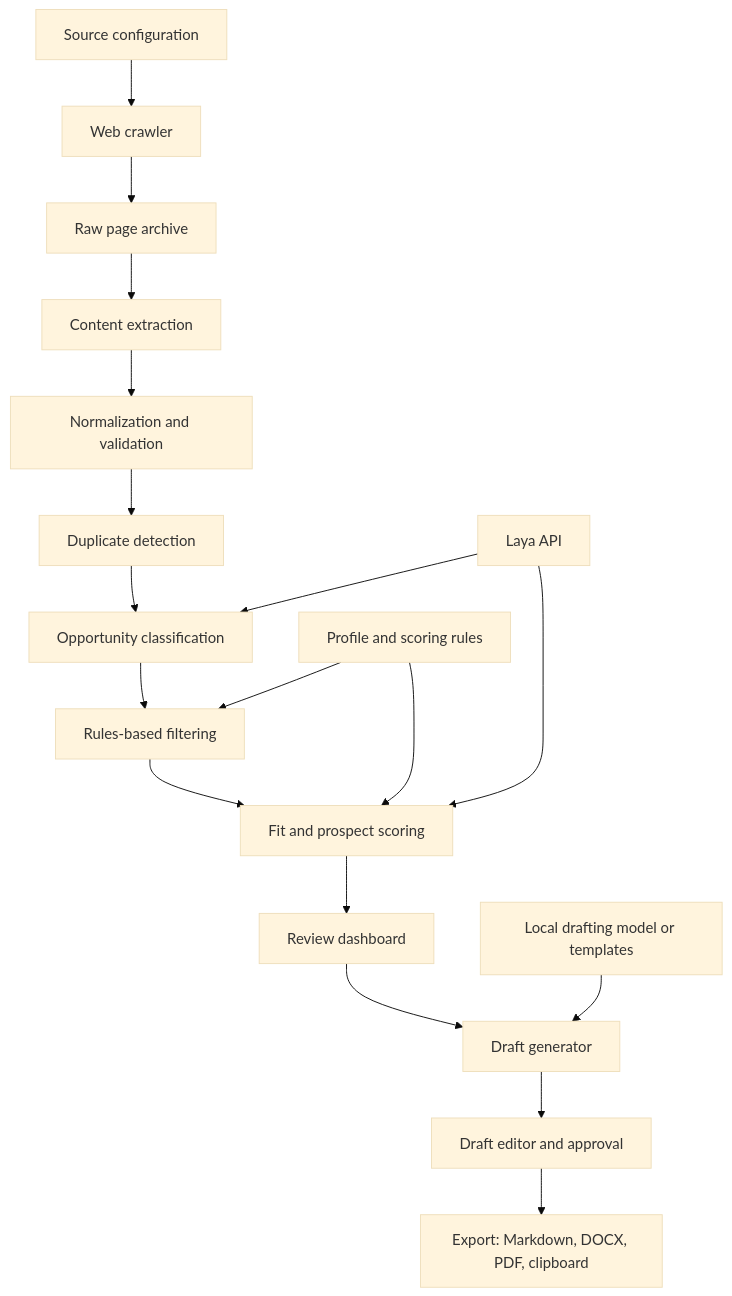
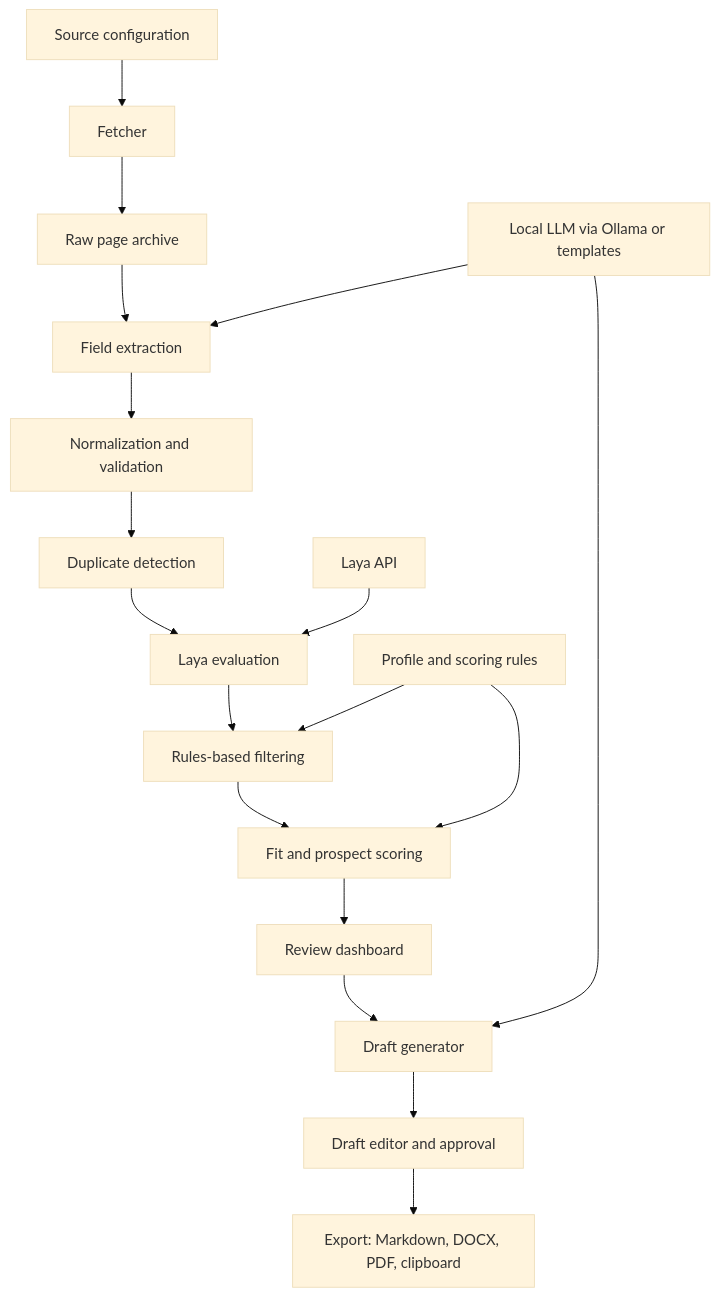
Before and after one commit to kvbengo-ops/Lead-Job-Crawler: the diagram in PLAN.md, drawn with Mermaid (base theme). The commit also changed other lines of this file, not shown here.

````diff
--- a/PLAN.md
+++ b/PLAN.md
@@ -11,21 +11,21 @@
 ```mermaid
 flowchart TD
-    A[Source configuration] --> B[Web crawler]
+    A[Source configuration] --> B[Fetcher]
     B --> C[Raw page archive]
-    C --> D[Content extraction]
+    C --> D[Field extraction]
     D --> E[Normalization and validation]
     E --> F[Duplicate detection]
-    F --> G[Opportunity classification]
+    F --> G[Laya evaluation]
     G --> H[Rules-based filtering]
     H --> I[Fit and prospect scoring]
     I --> J[Review dashboard]
     J --> K[Draft generator]
     K --> L[Draft editor and approval]
     L --> M[Export: Markdown, DOCX, PDF, clipboard]
 
     N[Laya API] --> G
-    N --> I
     O[Profile and scoring rules] --> H
     O --> I
-    P[Local drafting model or templates] --> K
+    P[Local LLM via Ollama or templates] --> D
+    P --> K
 ```
````
